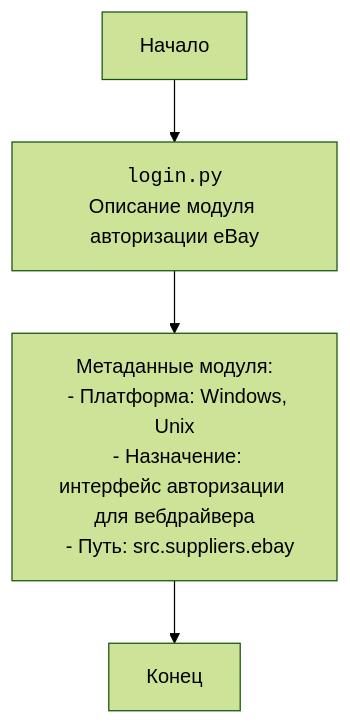
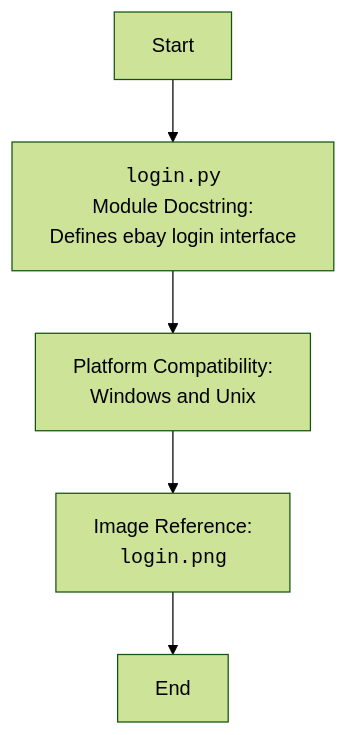
One commit to hypo69/hypo changed the diagram in docs/gemini/ru/explainer/src/suppliers/ebay/login.py.md. Above: the diagram before and after it, drawn with Mermaid (forest theme). The commit also changed other lines of this file and 1505 other files, not shown here.

````diff
--- a/docs/gemini/ru/explainer/src/suppliers/ebay/login.py.md
+++ b/docs/gemini/ru/explainer/src/suppliers/ebay/login.py.md
@@ -41,6 +14,11 @@
 ```mermaid
 flowchart TD
-    Start[Начало] --> Module[<code>login.py</code><br>Описание модуля авторизации eBay]
-    Module --> ModuleInfo[Метаданные модуля:<br>  - Платформа: Windows, Unix<br>  - Назначение: интерфейс авторизации для вебдрайвера<br>  - Путь: src.suppliers.ebay]
-    ModuleInfo --> End[Конец]
+    Start --> ModuleDocstring[<code>login.py</code><br>Module Docstring:<br> Defines ebay login interface]
+    
+    ModuleDocstring --> PlatformCompatibility[Platform Compatibility:<br>Windows and Unix]
+    
+     PlatformCompatibility --> ImageReference[Image Reference:<br><code>login.png</code>]
+   
+    ImageReference --> End
+    
 ```
````
